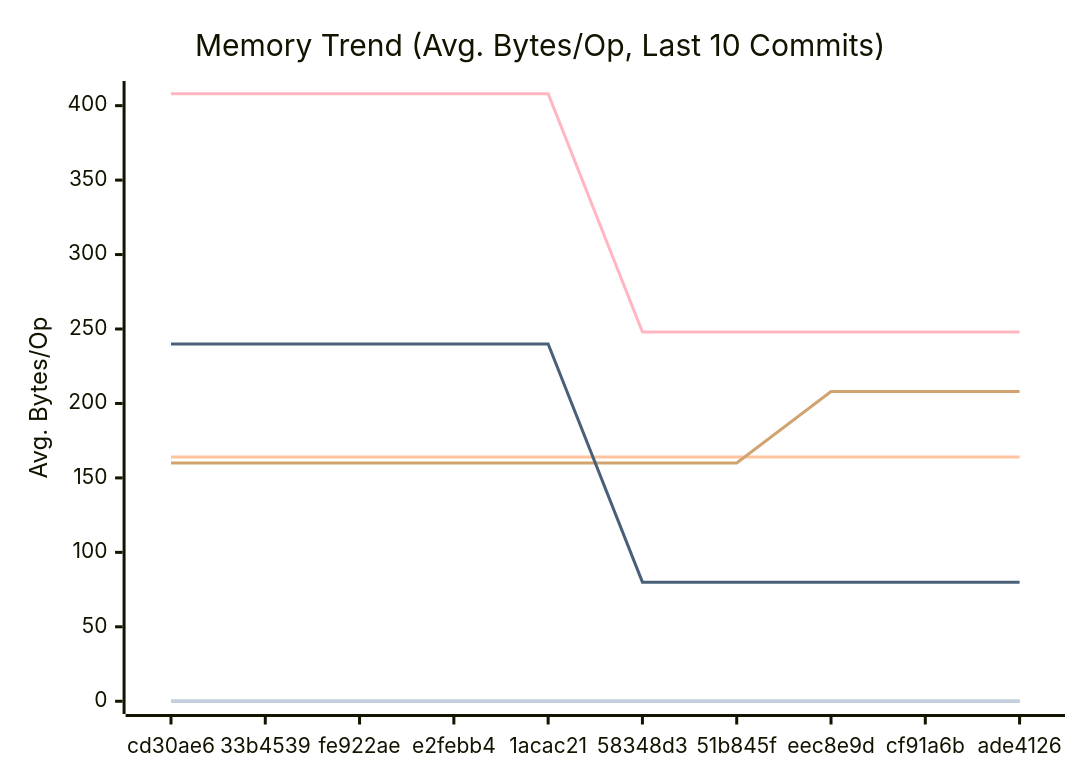
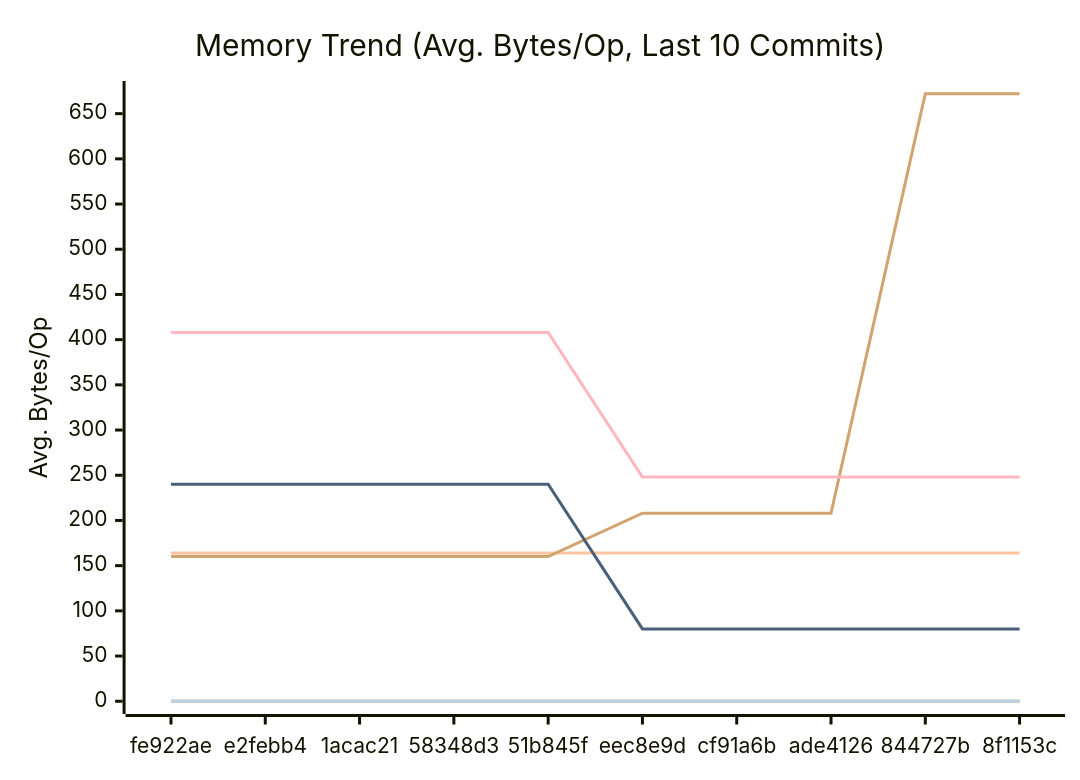
Before and after one commit to alsotoes/momo: the second of 3 diagrams in docs/PERFORMANCE.md, drawn with Mermaid. The commit also changed other lines of this file and 3 other files, not shown here.

First line of the commit message:
fix: master CI benchstat failure — CrushOriginal noise + LoadGlobalConfig regression (#567)

````diff
--- a/docs/PERFORMANCE.md
+++ b/docs/PERFORMANCE.md
@@ -97,16 +97,16 @@
 ```mermaid
 xychart-beta
     title "Memory Trend (Avg. Bytes/Op, Last 10 Commits)"
     x-axis "Commit"
     y-axis "Avg. Bytes/Op"
-    x-axis [cd30ae6,33b4539,fe922ae,e2febb4,1acac21,58348d3,51b845f,eec8e9d,cf91a6b,ade4126]
+    x-axis [fe922ae,e2febb4,1acac21,58348d3,51b845f,eec8e9d,cf91a6b,ade4126,844727b,8f1153c]
     line "CheckMetricsAndSwap" [0,0,0,0,0,0,0,0,0,0]
     line "CrushOptimized" [0,0,0,0,0,0,0,0,0,0]
     line "CrushOriginal" [164,164,164,164,164,164,164,164,164,164]
     line "IndexDirectTracking" [0,0,0,0,0,0,0,0,0,0]
     line "IndexSearch" [0,0,0,0,0,0,0,0,0,0]
-    line "LoadGlobalConfig" [160,160,160,160,160,160,160,208,208,208]
+    line "LoadGlobalConfig" [160,160,160,160,160,208,208,208,672,672]
     line "PadString" [0,0,0,0,0,0,0,0,0,0]
     line "ParseReplicationOrder_NoPrealloc" [408,408,408,408,408,248,248,248,248,248]
     line "ParseReplicationOrder_Prealloc" [240,240,240,240,240,80,80,80,80,80]
 ```
````
